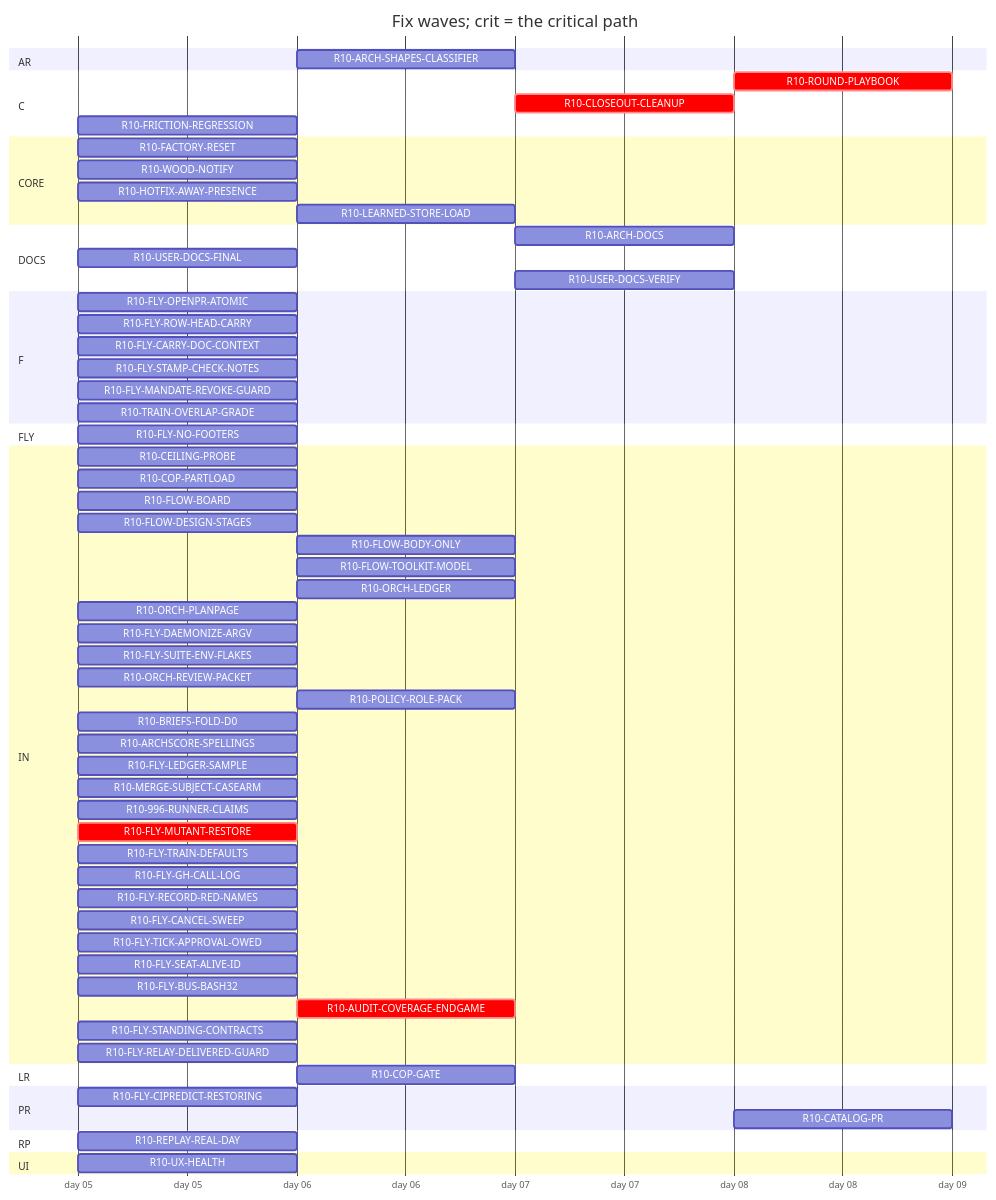
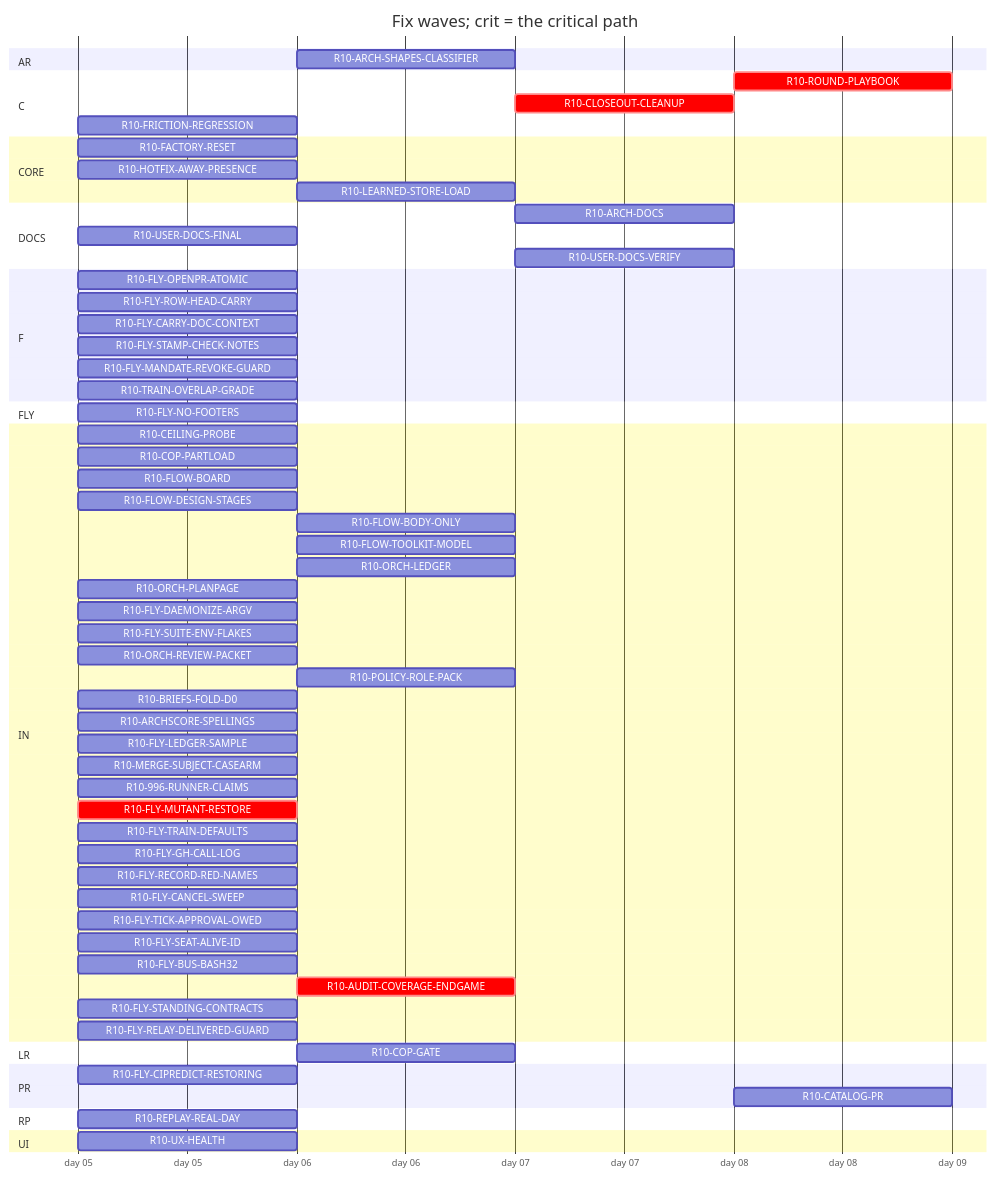
Before and after one commit to tvofi/heatpump_optimizer: the diagram in handoff/round10/state/PLAN-TABLE.md, drawn with Mermaid. The commit also changed other lines of this file and 3 other files, not shown here.

Commit message:
state: FLOW-BOARD.md, NEXT-SESSION-PROMPT.md, PLAN-TABLE.md, RESUME-CURRENT.md regenerated (state_docs.py)

````diff
--- a/handoff/round10/state/PLAN-TABLE.md
+++ b/handoff/round10/state/PLAN-TABLE.md
@@ -24,68 +24,67 @@
 ```mermaid
 gantt
   title Fix waves; crit = the critical path
   dateFormat YYYY-MM-DD
   axisFormat day %d
   section AR
     R10-ARCH-SHAPES-CLASSIFIER :r10ARCHSHAPESCLASSIFIER, after r10996RUNNERCLAIMS, 1d
   section C
     R10-ROUND-PLAYBOOK :crit, r10ROUNDPLAYBOOK, after r10ORCHLEDGER r10ORCHPLANPAGE r10FLOWBODYONLY r10AUDITCOVERAGEENDGAME r10FLOWDESIGNSTAGES r10FLOWTOOLKITMODEL r10TRAINOVERLAPGRADE r10FLYTRAINDEFAULTS r10FLYCANCELSWEEP r10POLICYROLEPACK r10ORCHREVIEWPACKET r10FLOWBOARD r10CLOSEOUTCLEANUP, 1d
     R10-CLOSEOUT-CLEANUP :crit, r10CLOSEOUTCLEANUP, after r10AUDITCOVERAGEENDGAME, 1d
     R10-FRICTION-REGRESSION :r10FRICTIONREGRESSION, 2026-01-05, 1d
   section CORE
     R10-FACTORY-RESET :r10FACTORYRESET, 2026-01-05, 1d
-    R10-WOOD-NOTIFY :r10WOODNOTIFY, 2026-01-05, 1d
     R10-HOTFIX-AWAY-PRESENCE :r10HOTFIXAWAYPRESENCE, 2026-01-05, 1d
     R10-LEARNED-STORE-LOAD :r10LEARNEDSTORELOAD, after r10FACTORYRESET, 1d
   section DOCS
     R10-ARCH-DOCS :r10ARCHDOCS, after r10COPGATE r10UXHEALTH r10CEILINGPROBE r10COPPARTLOAD r10FLOWBOARD r10FLOWDESIGNSTAGES r10FLOWBODYONLY r10FLYOPENPRATOMIC r10FLYROWHEADCARRY r10FLYCARRYDOCCONTEXT r10FLOWTOOLKITMODEL r10FLYSTAMPCHECKNOTES r10FLYMANDATEREVOKEGUARD r10TRAINOVERLAPGRADE r10FLYSUITEENVFLAKES r10ORCHLEDGER r10ORCHPLANPAGE r10FLYDAEMONIZEARGV r10ORCHREVIEWPACKET r10POLICYROLEPACK r10BRIEFSFOLDD0 r10REPLAYREALDAY r10ARCHSCORESPELLINGS r10FLYLEDGERSAMPLE, 1d
     R10-USER-DOCS-FINAL :r10USERDOCSFINAL, 2026-01-05, 1d
-    R10-USER-DOCS-VERIFY :r10USERDOCSVERIFY, after r10COPGATE r10UXHEALTH r10CEILINGPROBE r10COPPARTLOAD r10FACTORYRESET r10WOODNOTIFY r10USERDOCSFINAL r10ARCHSHAPESCLASSIFIER r10HOTFIXAWAYPRESENCE, 1d
+    R10-USER-DOCS-VERIFY :r10USERDOCSVERIFY, after r10COPGATE r10UXHEALTH r10CEILINGPROBE r10COPPARTLOAD r10FACTORYRESET r10USERDOCSFINAL r10ARCHSHAPESCLASSIFIER r10HOTFIXAWAYPRESENCE, 1d
   section F
     R10-FLY-OPENPR-ATOMIC :r10FLYOPENPRATOMIC, 2026-01-05, 1d
     R10-FLY-ROW-HEAD-CARRY :r10FLYROWHEADCARRY, 2026-01-05, 1d
     R10-FLY-CARRY-DOC-CONTEXT :r10FLYCARRYDOCCONTEXT, 2026-01-05, 1d
     R10-FLY-STAMP-CHECK-NOTES :r10FLYSTAMPCHECKNOTES, 2026-01-05, 1d
     R10-FLY-MANDATE-REVOKE-GUARD :r10FLYMANDATEREVOKEGUARD, 2026-01-05, 1d
     R10-TRAIN-OVERLAP-GRADE :r10TRAINOVERLAPGRADE, 2026-01-05, 1d
   section FLY
     R10-FLY-NO-FOOTERS :r10FLYNOFOOTERS, 2026-01-05, 1d
   section IN
     R10-CEILING-PROBE :r10CEILINGPROBE, 2026-01-05, 1d
     R10-COP-PARTLOAD :r10COPPARTLOAD, 2026-01-05, 1d
     R10-FLOW-BOARD :r10FLOWBOARD, 2026-01-05, 1d
     R10-FLOW-DESIGN-STAGES :r10FLOWDESIGNSTAGES, 2026-01-05, 1d
     R10-FLOW-BODY-ONLY :r10FLOWBODYONLY, after r10FLYOPENPRATOMIC, 1d
     R10-FLOW-TOOLKIT-MODEL :r10FLOWTOOLKITMODEL, after r10ORCHPLANPAGE r10FLYCANCELSWEEP, 1d
     R10-ORCH-LEDGER :r10ORCHLEDGER, after r10FLYCANCELSWEEP, 1d
     R10-ORCH-PLANPAGE :r10ORCHPLANPAGE, 2026-01-05, 1d
     R10-FLY-DAEMONIZE-ARGV :r10FLYDAEMONIZEARGV, 2026-01-05, 1d
     R10-FLY-SUITE-ENV-FLAKES :r10FLYSUITEENVFLAKES, 2026-01-05, 1d
     R10-ORCH-REVIEW-PACKET :r10ORCHREVIEWPACKET, 2026-01-05, 1d
     R10-POLICY-ROLE-PACK :r10POLICYROLEPACK, after r10FLOWDESIGNSTAGES, 1d
     R10-BRIEFS-FOLD-D0 :r10BRIEFSFOLDD0, 2026-01-05, 1d
     R10-ARCHSCORE-SPELLINGS :r10ARCHSCORESPELLINGS, 2026-01-05, 1d
     R10-FLY-LEDGER-SAMPLE :r10FLYLEDGERSAMPLE, 2026-01-05, 1d
     R10-MERGE-SUBJECT-CASEARM :r10MERGESUBJECTCASEARM, 2026-01-05, 1d
     R10-996-RUNNER-CLAIMS :r10996RUNNERCLAIMS, 2026-01-05, 1d
     R10-FLY-MUTANT-RESTORE :crit, r10FLYMUTANTRESTORE, 2026-01-05, 1d
     R10-FLY-TRAIN-DEFAULTS :r10FLYTRAINDEFAULTS, 2026-01-05, 1d
     R10-FLY-GH-CALL-LOG :r10FLYGHCALLLOG, 2026-01-05, 1d
     R10-FLY-RECORD-RED-NAMES :r10FLYRECORDREDNAMES, 2026-01-05, 1d
     R10-FLY-CANCEL-SWEEP :r10FLYCANCELSWEEP, 2026-01-05, 1d
     R10-FLY-TICK-APPROVAL-OWED :r10FLYTICKAPPROVALOWED, 2026-01-05, 1d
     R10-FLY-SEAT-ALIVE-ID :r10FLYSEATALIVEID, 2026-01-05, 1d
     R10-FLY-BUS-BASH32 :r10FLYBUSBASH32, 2026-01-05, 1d
     R10-AUDIT-COVERAGE-ENDGAME :crit, r10AUDITCOVERAGEENDGAME, after r10FLYMUTANTRESTORE r10996RUNNERCLAIMS, 1d
     R10-FLY-STANDING-CONTRACTS :r10FLYSTANDINGCONTRACTS, 2026-01-05, 1d
     R10-FLY-RELAY-DELIVERED-GUARD :r10FLYRELAYDELIVEREDGUARD, 2026-01-05, 1d
   section LR
     R10-COP-GATE :r10COPGATE, after r10CEILINGPROBE, 1d
   section PR
     R10-FLY-CIPREDICT-RESTORING :r10FLYCIPREDICTRESTORING, 2026-01-05, 1d
     R10-CATALOG-PR :r10CATALOGPR, after r10USERDOCSVERIFY r10AUDITCOVERAGEENDGAME, 1d
   section RP
     R10-REPLAY-REAL-DAY :r10REPLAYREALDAY, 2026-01-05, 1d
   section UI
     R10-UX-HEALTH :r10UXHEALTH, 2026-01-05, 1d
 ```
````
